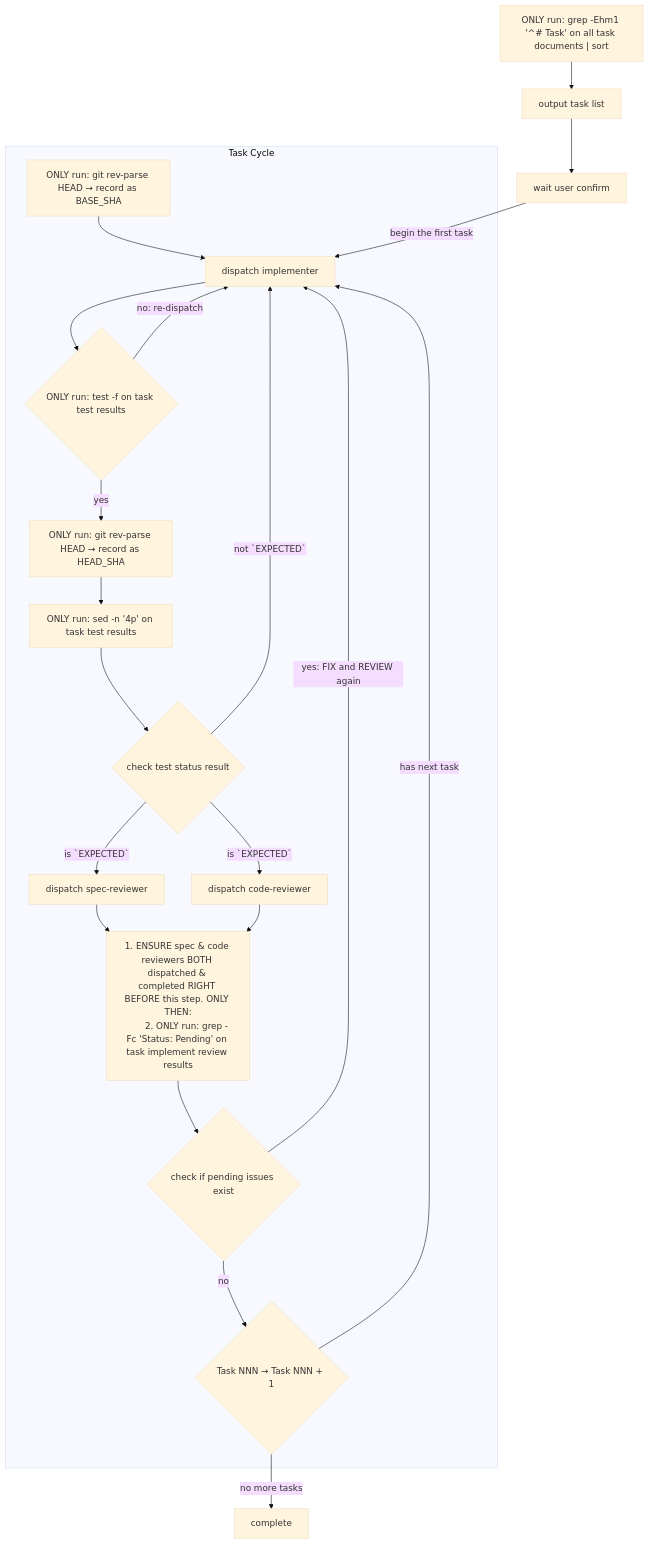
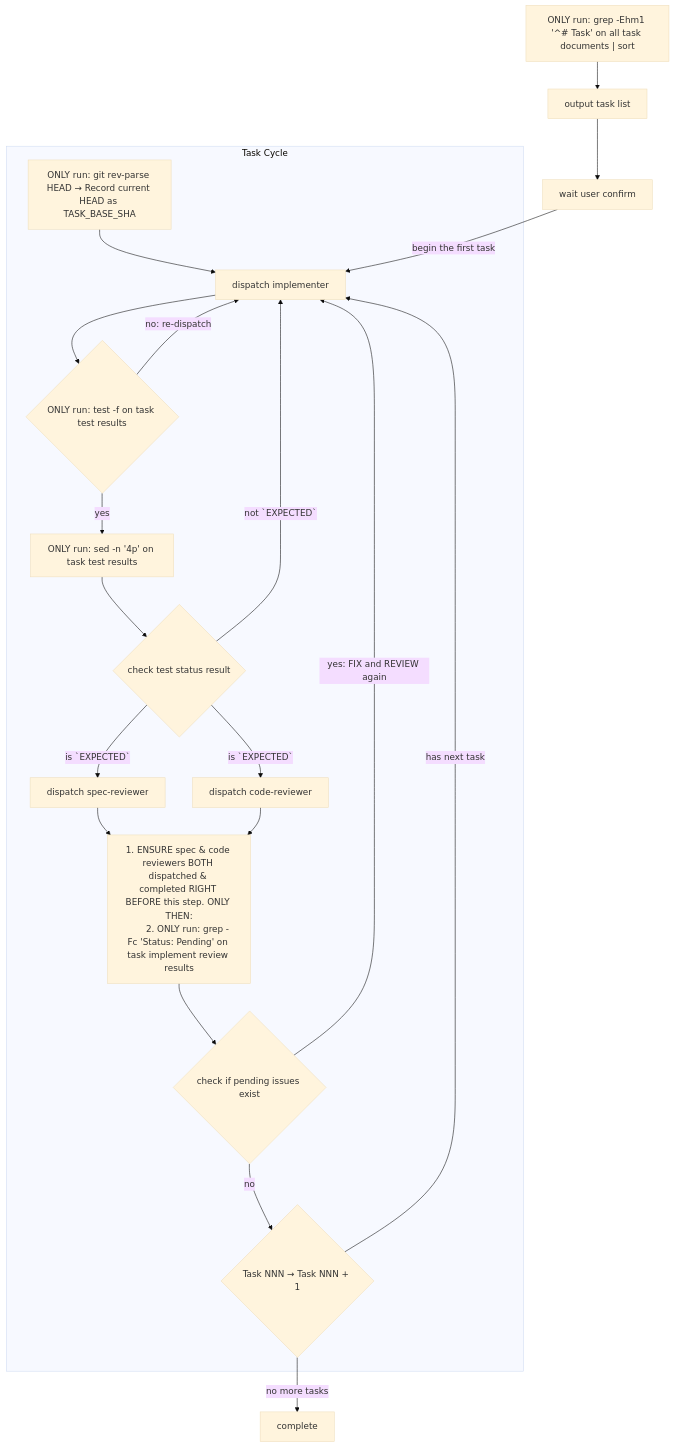
The diagram in skills/executing/SKILL.md (abadcafe/superteam), drawn with Mermaid (base theme) before and after one commit. The commit also changed other lines of this file and 4 other files, not shown here.

````diff
--- a/skills/executing/SKILL.md
+++ b/skills/executing/SKILL.md
@@ -95,45 +94,43 @@
 ```mermaid
 flowchart TD
   get_task_list["ONLY run: grep -Ehm1 '^# Task' on all task documents | sort"]
   output_task_list["output task list"]
   wait_user_confirm["wait user confirm"]
   complete["complete"]
 
   subgraph task_cycle["Task Cycle"]
-    record_base_sha["ONLY run: git rev-parse HEAD → record as BASE_SHA"]
+    record_task_base_sha["ONLY run: git rev-parse HEAD → Record current HEAD as TASK_BASE_SHA"]
     dispatch_implementer["dispatch implementer"]
-    record_head_sha["ONLY run: git rev-parse HEAD → record as HEAD_SHA"]
     check_implementer_completed{"ONLY run: test -f on task test results"}
     get_test_status["ONLY run: sed -n '4p' on task test results"]
     check_test_status{"check test status result"}
     dispatch_spec_reviewer["dispatch spec-reviewer"]
     dispatch_code_reviewer["dispatch code-reviewer"]
     count_pending_issues["
       1. ENSURE spec & code reviewers BOTH dispatched & completed RIGHT BEFORE this step. ONLY THEN:
       2. ONLY run: grep -Fc 'Status: Pending' on task implement review results
     "]
     check_pending_issues_exist{"check if pending issues exist"}
     next_task{"Task NNN → Task NNN + 1"}
 
-    record_base_sha --> dispatch_implementer
+    record_task_base_sha --> dispatch_implementer
     dispatch_implementer --> check_implementer_completed
     check_implementer_completed -->|"no: re-dispatch"| dispatch_implementer
-    check_implementer_completed -->|"yes"| record_head_sha
-    record_head_sha --> get_test_status
+    check_implementer_completed -->|"yes"| get_test_status
     get_test_status --> check_test_status
     check_test_status -->|"not `EXPECTED`"| dispatch_implementer
     check_test_status -->|"is `EXPECTED`"| dispatch_spec_reviewer
     check_test_status -->|"is `EXPECTED`"| dispatch_code_reviewer
     dispatch_spec_reviewer --> count_pending_issues
     dispatch_code_reviewer --> count_pending_issues
     count_pending_issues --> check_pending_issues_exist
     check_pending_issues_exist -->|"yes: FIX and REVIEW again"| dispatch_implementer
     check_pending_issues_exist -->|"no"| next_task
     next_task -->|"has next task"| dispatch_implementer
   end
 
   get_task_list --> output_task_list
   output_task_list --> wait_user_confirm
   wait_user_confirm -->|"begin the first task"| dispatch_implementer
   next_task -->|"no more tasks"| complete
 ```
````
